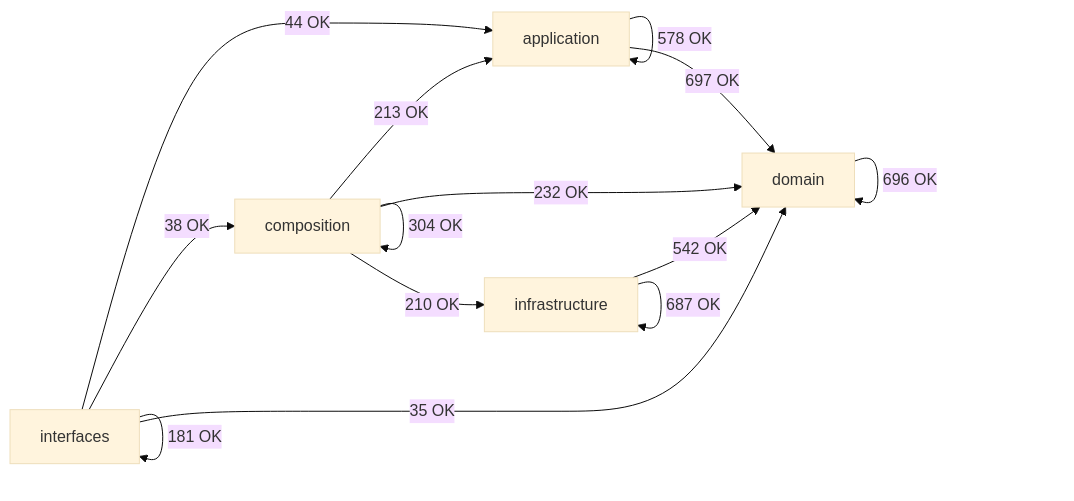
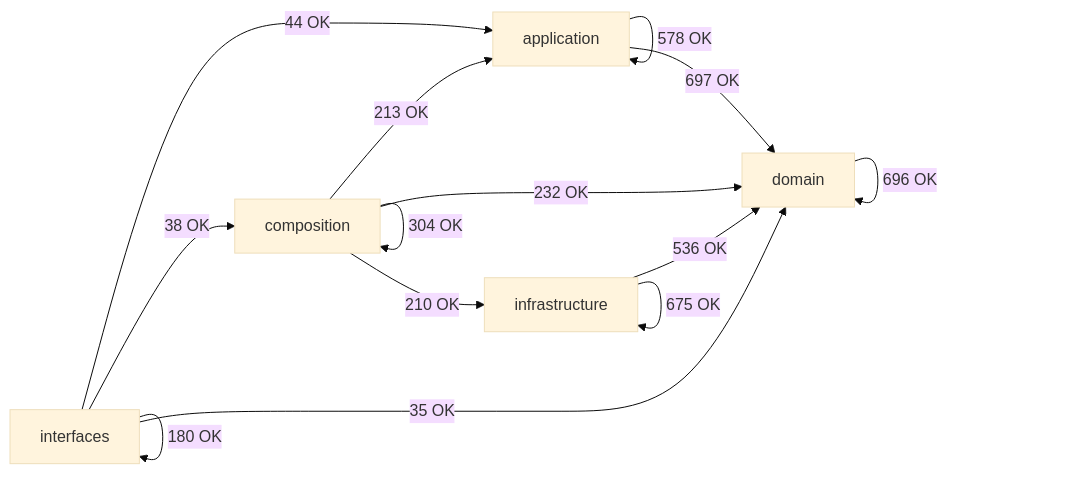
One commit to SatoryKono/BioactivityDataAcquisition changed the diagram in docs/02-architecture/generated/module-dependency-map.md. Above: the diagram before and after it, drawn with Mermaid (base theme). The commit also changed other lines of this file and 46 other files, not shown here.

````diff
--- a/docs/02-architecture/generated/module-dependency-map.md
+++ b/docs/02-architecture/generated/module-dependency-map.md
@@ -16,21 +16,21 @@
 ```mermaid
 flowchart LR
     domain[domain]
     application[application]
     infrastructure[infrastructure]
     composition[composition]
     interfaces[interfaces]
     application -->|578 OK| application
     application -->|697 OK| domain
     composition -->|213 OK| application
     composition -->|304 OK| composition
     composition -->|232 OK| domain
     composition -->|210 OK| infrastructure
     domain -->|696 OK| domain
-    infrastructure -->|542 OK| domain
-    infrastructure -->|687 OK| infrastructure
+    infrastructure -->|536 OK| domain
+    infrastructure -->|675 OK| infrastructure
     interfaces -->|44 OK| application
     interfaces -->|38 OK| composition
     interfaces -->|35 OK| domain
-    interfaces -->|181 OK| interfaces
+    interfaces -->|180 OK| interfaces
 ```
````
